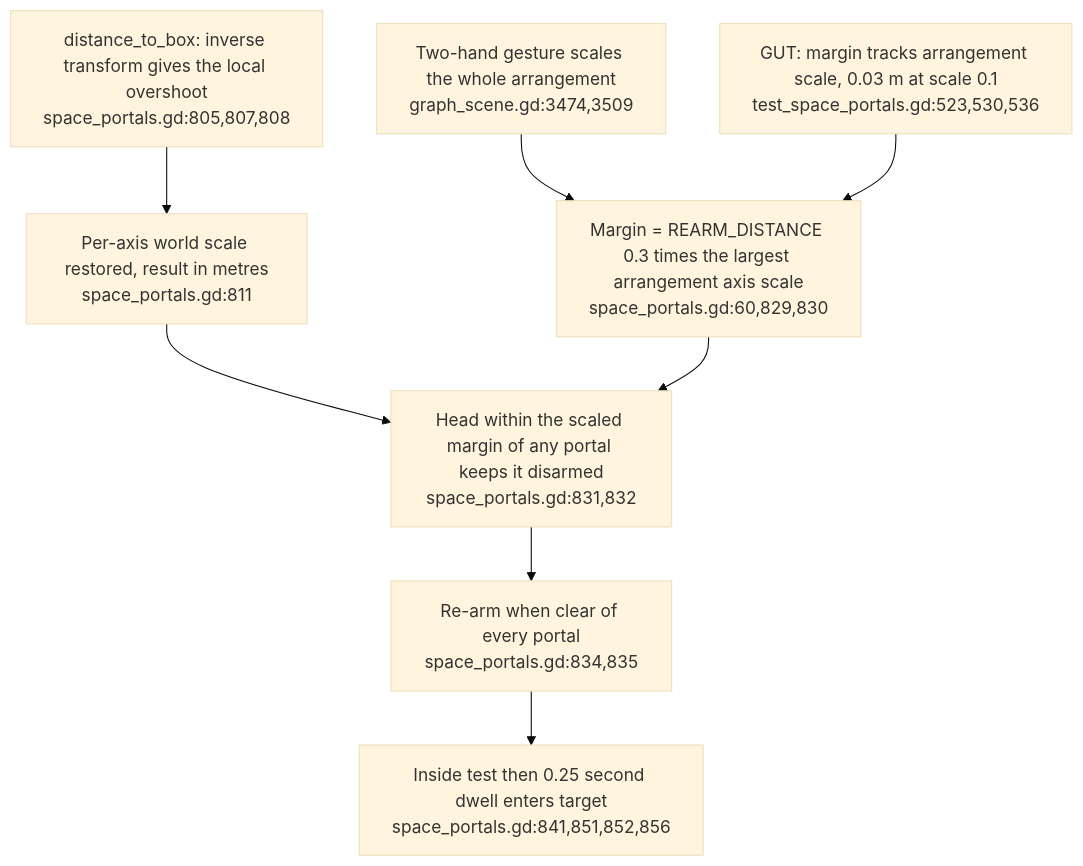
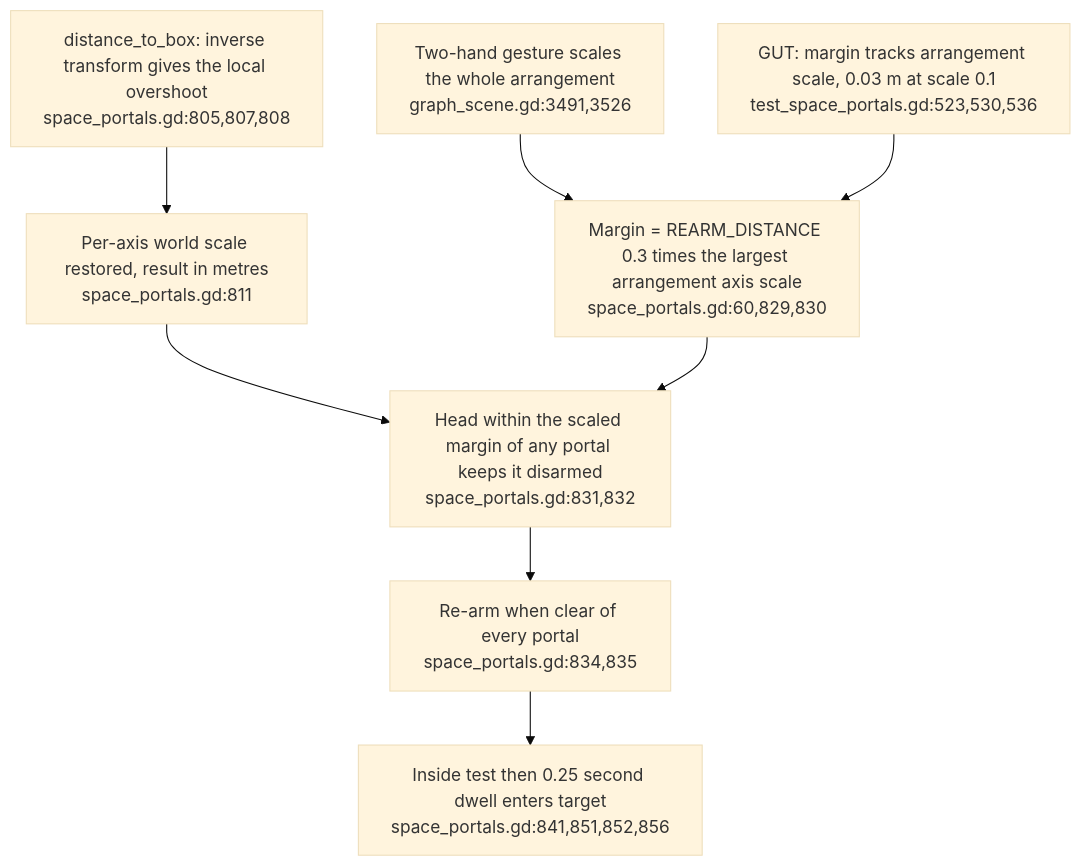
The second of 3 diagrams in docs/diagrams/visionclaw/47-portal-entry-and-scaled-walkthrough.md (DreamLab-AI/VisionFlow), drawn with Mermaid (base theme) before and after one commit. The commit also changed other lines of this file and 154 other files, not shown here.

First line of the commit message:
docs(diagrams): re-stamp 154 topics whose every citation still reads the same text at the current heads

````diff
--- a/docs/diagrams/visionclaw/47-portal-entry-and-scaled-walkthrough.md
+++ b/docs/diagrams/visionclaw/47-portal-entry-and-scaled-walkthrough.md
@@ -41,10 +41,10 @@
 ```mermaid
 flowchart TD
-    HAND["Two-hand gesture scales the whole arrangement<br/>graph_scene.gd:3474,3509"] --> MARGIN["Margin = REARM_DISTANCE 0.3 times the largest arrangement axis scale<br/>space_portals.gd:60,829,830"]
+    HAND["Two-hand gesture scales the whole arrangement<br/>graph_scene.gd:3491,3526"] --> MARGIN["Margin = REARM_DISTANCE 0.3 times the largest arrangement axis scale<br/>space_portals.gd:60,829,830"]
     INV["distance_to_box: inverse transform gives the local overshoot<br/>space_portals.gd:805,807,808"] --> WORLD["Per-axis world scale restored, result in metres<br/>space_portals.gd:811"]
     WORLD --> LIMIT["Head within the scaled margin of any portal keeps it disarmed<br/>space_portals.gd:831,832"]
     MARGIN --> LIMIT
     LIMIT --> ARM["Re-arm when clear of every portal<br/>space_portals.gd:834,835"]
     ARM --> DWELL["Inside test then 0.25 second dwell enters target<br/>space_portals.gd:841,851,852,856"]
     TEST["GUT: margin tracks arrangement scale, 0.03 m at scale 0.1<br/>test_space_portals.gd:523,530,536"] --> MARGIN
 ```
````
